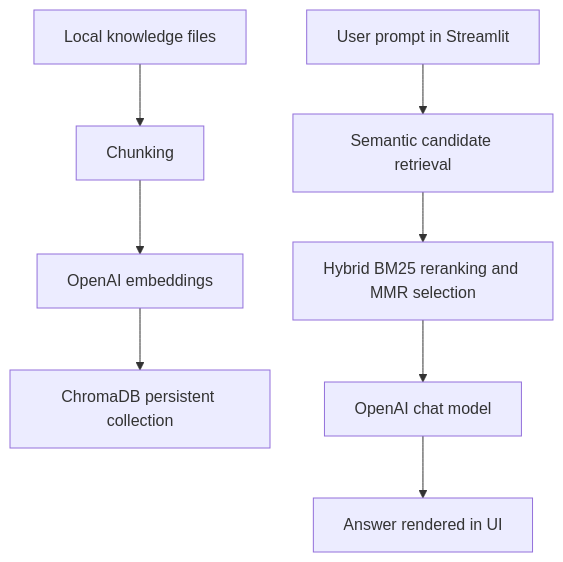
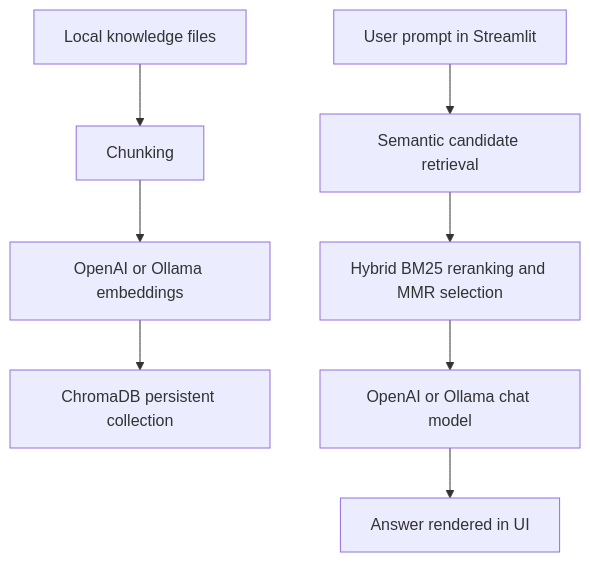
The diagram in knowledge/architect/system-architecture.md (tqcaoson/agentRAG), drawn with Mermaid before and after one commit. The commit also changed other lines of this file and 7 other files, not shown here.

````diff
--- a/knowledge/architect/system-architecture.md
+++ b/knowledge/architect/system-architecture.md
@@ -14,10 +15,10 @@
 ```mermaid
 flowchart TD
     A[Local knowledge files] --> B[Chunking]
-    B --> C[OpenAI embeddings]
+    B --> C[OpenAI or Ollama embeddings]
     C --> D[ChromaDB persistent collection]
     E[User prompt in Streamlit] --> F[Semantic candidate retrieval]
     F --> I[Hybrid BM25 reranking and MMR selection]
-    I --> G[OpenAI chat model]
+    I --> G[OpenAI or Ollama chat model]
     G --> H[Answer rendered in UI]
 ```
````
